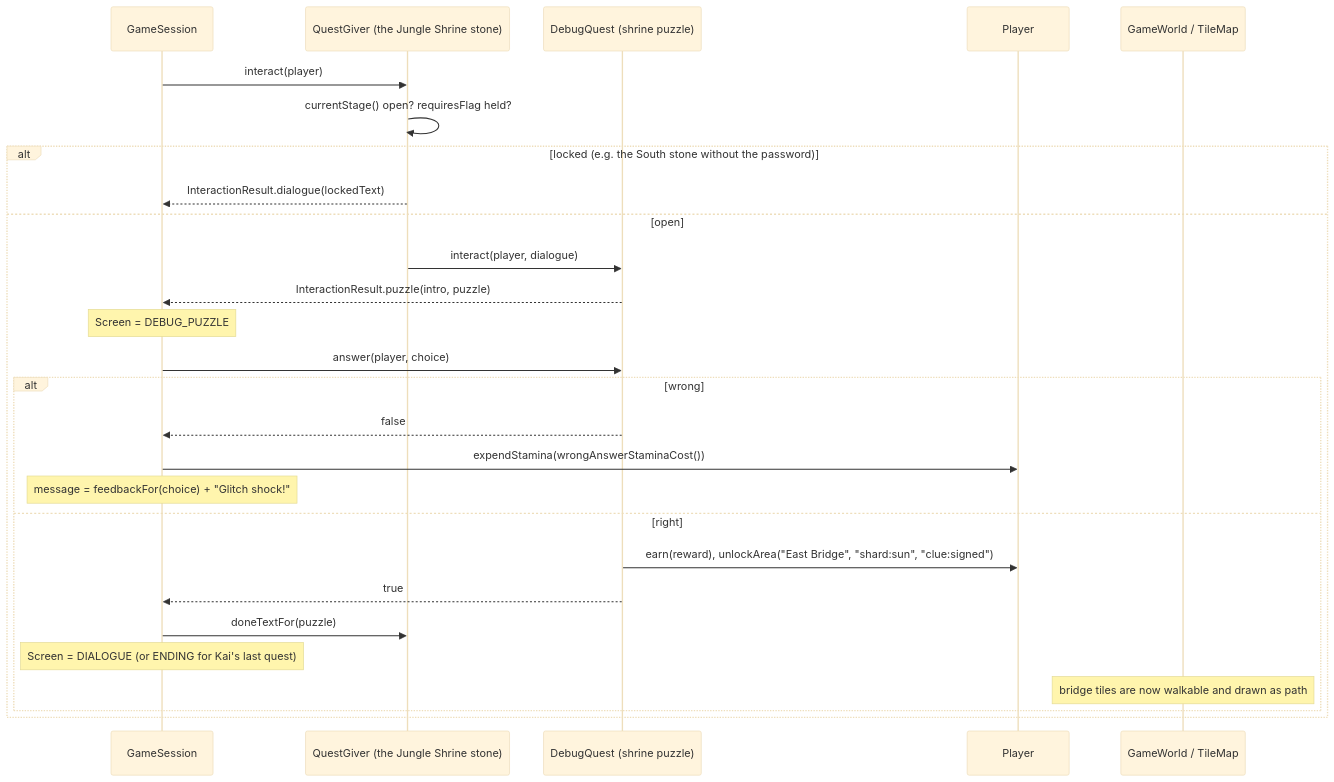
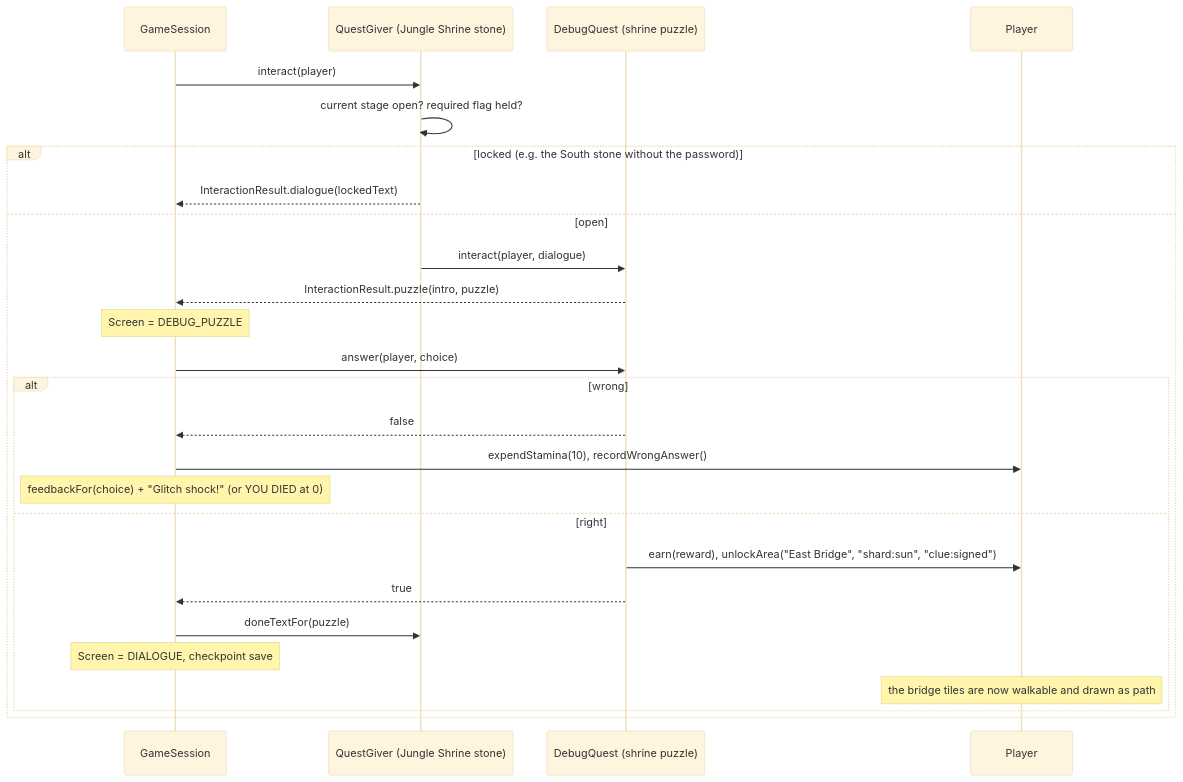
One commit to pgardose/Isla changed the fourth of 6 diagrams in README.md. Above: the diagram before and after it, drawn with Mermaid (base theme). The commit also changed other lines of this file and 25 other files, not shown here.

````diff
--- a/README.md
+++ b/README.md
@@ -306,29 +303,28 @@
 ```mermaid
 sequenceDiagram
   participant S as GameSession
-  participant G as QuestGiver (the Jungle Shrine stone)
+  participant G as QuestGiver (Jungle Shrine stone)
   participant Q as DebugQuest (shrine puzzle)
   participant P as Player
-  participant W as GameWorld / TileMap
   S->>G: interact(player)
-  G->>G: currentStage() open? requiresFlag held?
+  G->>G: current stage open? required flag held?
   alt locked (e.g. the South stone without the password)
     G-->>S: InteractionResult.dialogue(lockedText)
   else open
     G->>Q: interact(player, dialogue)
     Q-->>S: InteractionResult.puzzle(intro, puzzle)
     Note over S: Screen = DEBUG_PUZZLE
     S->>Q: answer(player, choice)
     alt wrong
       Q-->>S: false
-      S->>P: expendStamina(wrongAnswerStaminaCost())
-      Note over S: message = feedbackFor(choice) + "Glitch shock!"
+      S->>P: expendStamina(10), recordWrongAnswer()
+      Note over S: feedbackFor(choice) + "Glitch shock!" (or YOU DIED at 0)
     else right
       Q->>P: earn(reward), unlockArea("East Bridge", "shard:sun", "clue:signed")
       Q-->>S: true
       S->>G: doneTextFor(puzzle)
-      Note over S: Screen = DIALOGUE (or ENDING for Kai's last quest)
-      Note over W: bridge tiles are now walkable and drawn as path
+      Note over S: Screen = DIALOGUE, checkpoint save
+      Note over P: the bridge tiles are now walkable and drawn as path
     end
   end
 ```
````
